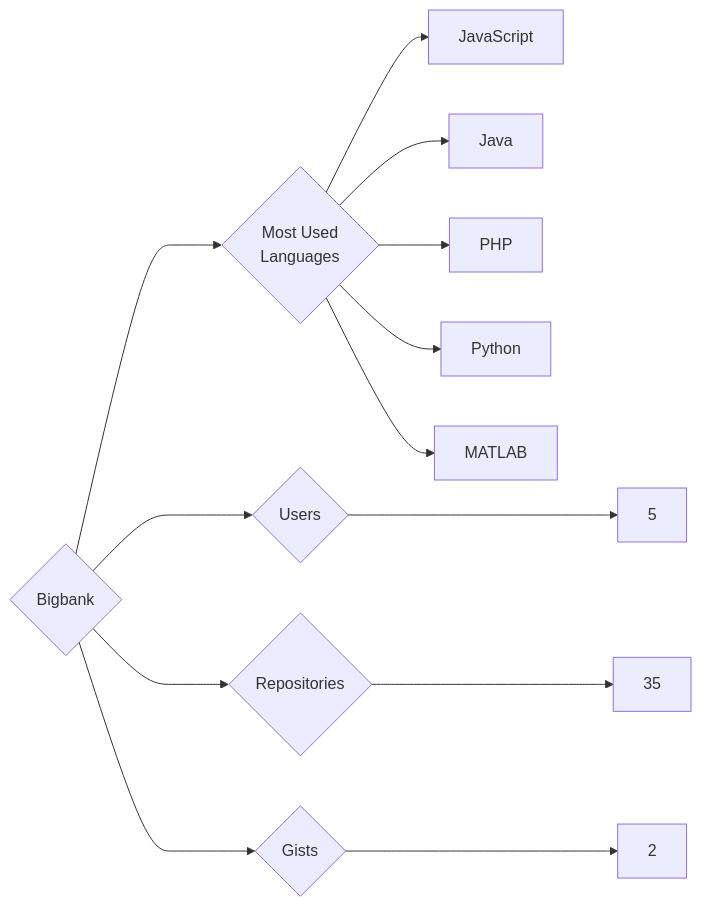
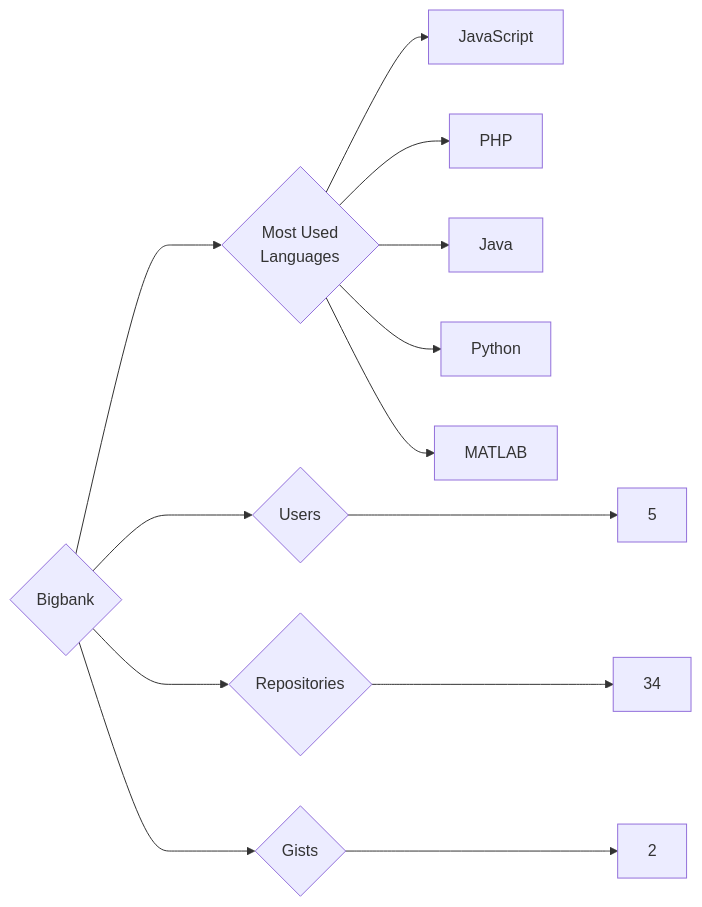
Before and after one commit to trickest/insiders: the diagram in targets/Bigbank/README.md, drawn with Mermaid. The commit also changed 1175 other files, not shown here.

````diff
--- a/targets/Bigbank/README.md
+++ b/targets/Bigbank/README.md
@@ -3,13 +3,13 @@
 ```mermaid
 graph LR
 COMPANY_NAME{Bigbank}
 COMPANY_NAME ---> U{Users} ---> UN[5]
-COMPANY_NAME ---> R{Repositories} ---> RN[35]
+COMPANY_NAME ---> R{Repositories} ---> RN[34]
 COMPANY_NAME ---> G{Gists} ---> GN[2]
 COMPANY_NAME ---> ML{Most Used<br>Languages}
 ML --> JavaScript[JavaScript]
+ML --> PHP[PHP]
 ML --> Java[Java]
-ML --> PHP[PHP]
 ML --> Python[Python]
 ML --> MATLAB[MATLAB]
 ```
````
